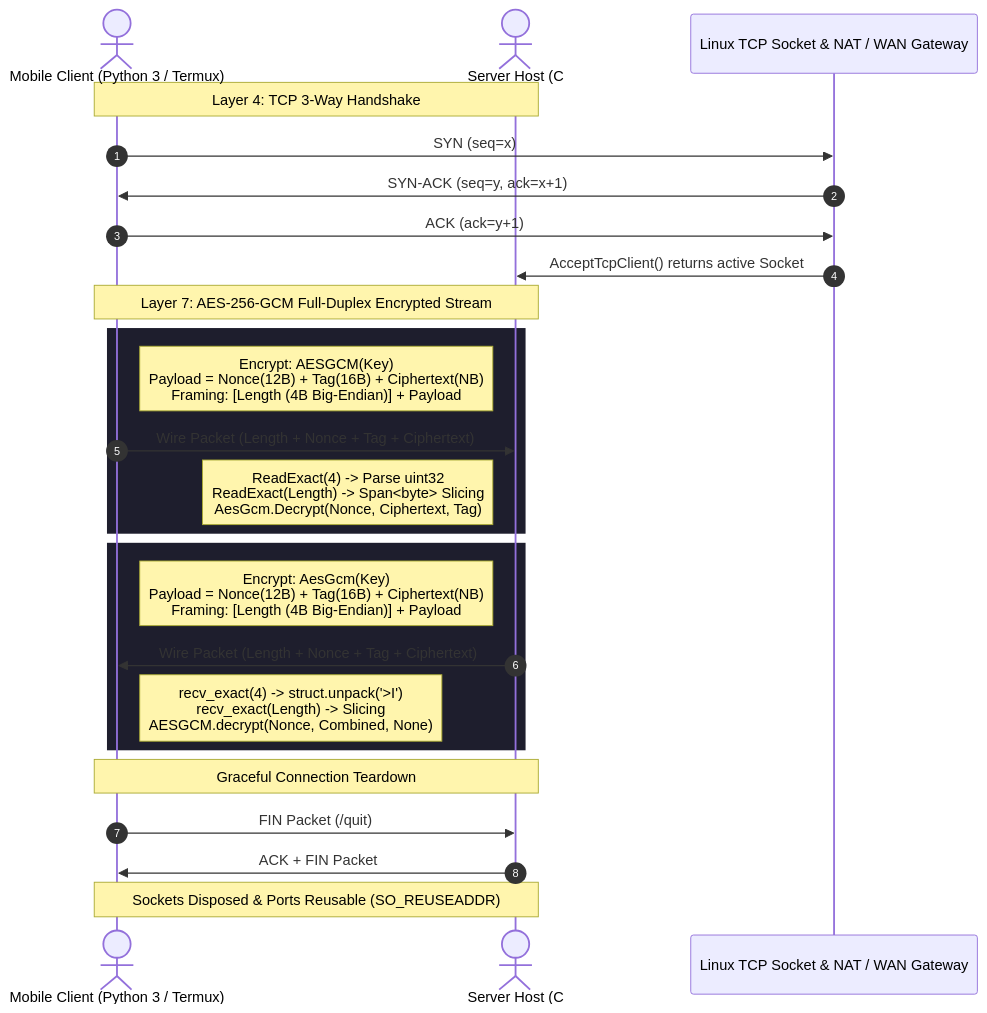
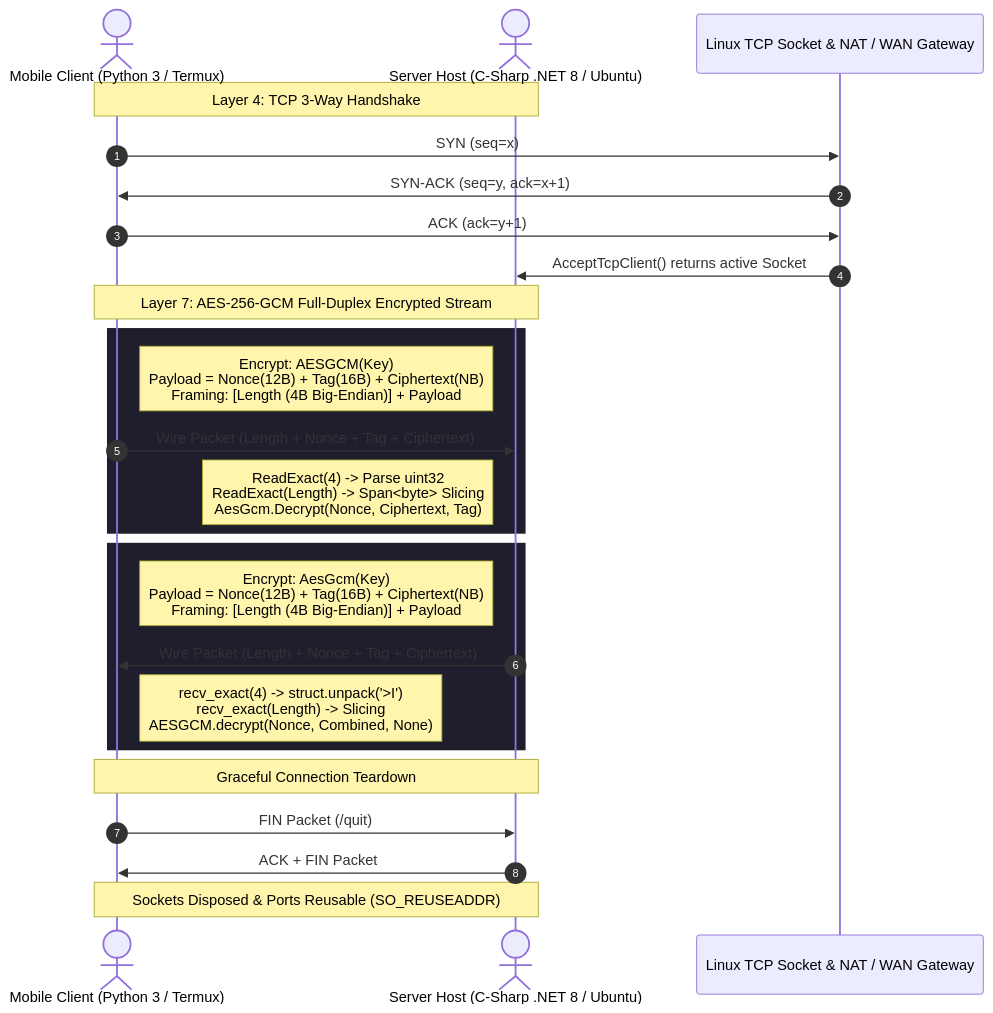
Before and after one commit to khodor-harakeh/encrypted-chat: the diagram in README.md, drawn with Mermaid.

Commit message:
Fix typo in actor description for sequence diagram

````diff
--- a/README.md
+++ b/README.md
@@ -58,31 +58,31 @@
 ```mermaid
 sequenceDiagram
     autonumber
     actor MobileUser as Mobile Client (Python 3 / Termux)
-    actor ServerAdmin as Server Host (C# .NET 8 / Ubuntu)
+    actor ServerAdmin as Server Host (C-Sharp .NET 8 / Ubuntu)
     participant Kernel as Linux TCP Socket & NAT / WAN Gateway
 
     Note over MobileUser, ServerAdmin: Layer 4: TCP 3-Way Handshake
     MobileUser->>Kernel: SYN (seq=x)
     Kernel->>MobileUser: SYN-ACK (seq=y, ack=x+1)
     MobileUser->>Kernel: ACK (ack=y+1)
     Kernel->>ServerAdmin: AcceptTcpClient() returns active Socket
 
     Note over MobileUser, ServerAdmin: Layer 7: AES-256-GCM Full-Duplex Encrypted Stream
     rect rgb(30, 30, 45)
         Note right of MobileUser: Encrypt: AESGCM(Key)<br/>Payload = Nonce(12B) + Tag(16B) + Ciphertext(NB)<br/>Framing: [Length (4B Big-Endian)] + Payload
         MobileUser->>ServerAdmin: Wire Packet (Length + Nonce + Tag + Ciphertext)
         Note left of ServerAdmin: ReadExact(4) -> Parse uint32<br/>ReadExact(Length) -> Span<byte> Slicing<br/>AesGcm.Decrypt(Nonce, Ciphertext, Tag)
     end
 
     rect rgb(30, 30, 45)
         Note left of ServerAdmin: Encrypt: AesGcm(Key)<br/>Payload = Nonce(12B) + Tag(16B) + Ciphertext(NB)<br/>Framing: [Length (4B Big-Endian)] + Payload
         ServerAdmin->>MobileUser: Wire Packet (Length + Nonce + Tag + Ciphertext)
         Note right of MobileUser: recv_exact(4) -> struct.unpack('>I')<br/>recv_exact(Length) -> Slicing<br/>AESGCM.decrypt(Nonce, Combined, None)
     end
 
     Note over MobileUser, ServerAdmin: Graceful Connection Teardown
     MobileUser->>ServerAdmin: FIN Packet (/quit)
     ServerAdmin->>MobileUser: ACK + FIN Packet
     Note over MobileUser, ServerAdmin: Sockets Disposed & Ports Reusable (SO_REUSEADDR)
 ```
````
